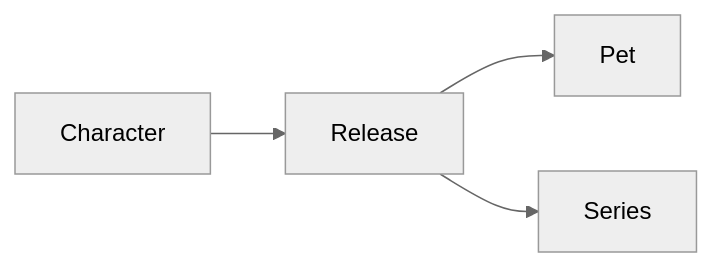
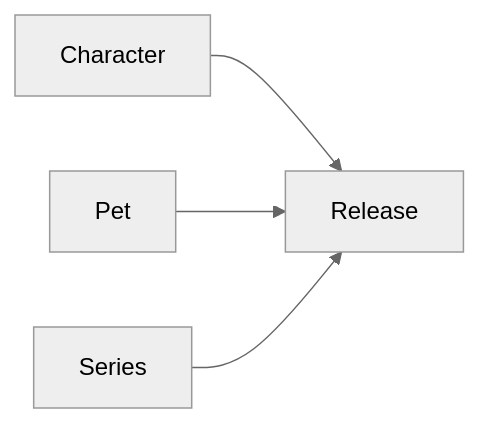
The fourth of 4 diagrams in monstrino-docs/why-monstrino/03-monstrino-approach.md (MafiaCoconut/Monstrino), drawn with Mermaid (neutral theme) before and after one commit. The commit also changed other lines of this file and 68 other files, not shown here.

````diff
--- a/monstrino-docs/why-monstrino/03-monstrino-approach.md
+++ b/monstrino-docs/why-monstrino/03-monstrino-approach.md
@@ -108,11 +108,11 @@
 ```mermaid
 flowchart LR
     Character["Character"]
     Release["Release"]
     Pet["Pet"]
     Series["Series"]
 
     Character --> Release
-    Release --> Pet
-    Release --> Series
+    Pet --> Release
+    Series --> Release
 ```
````
